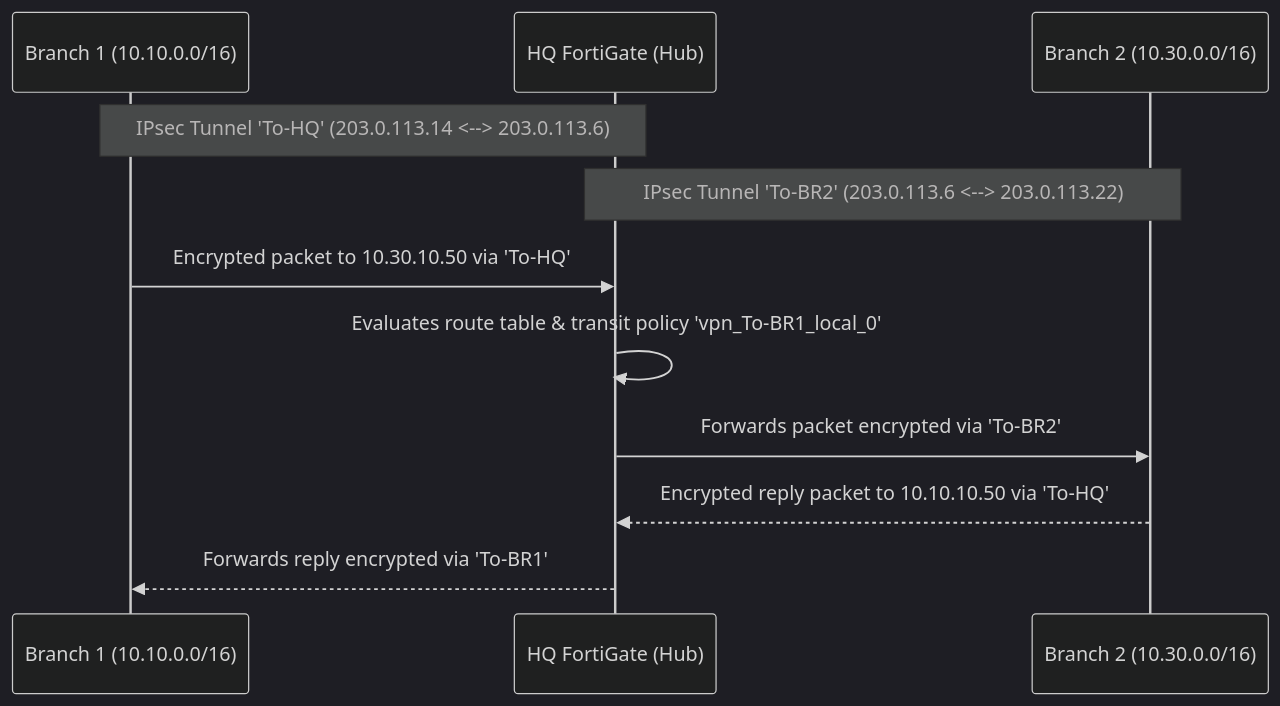
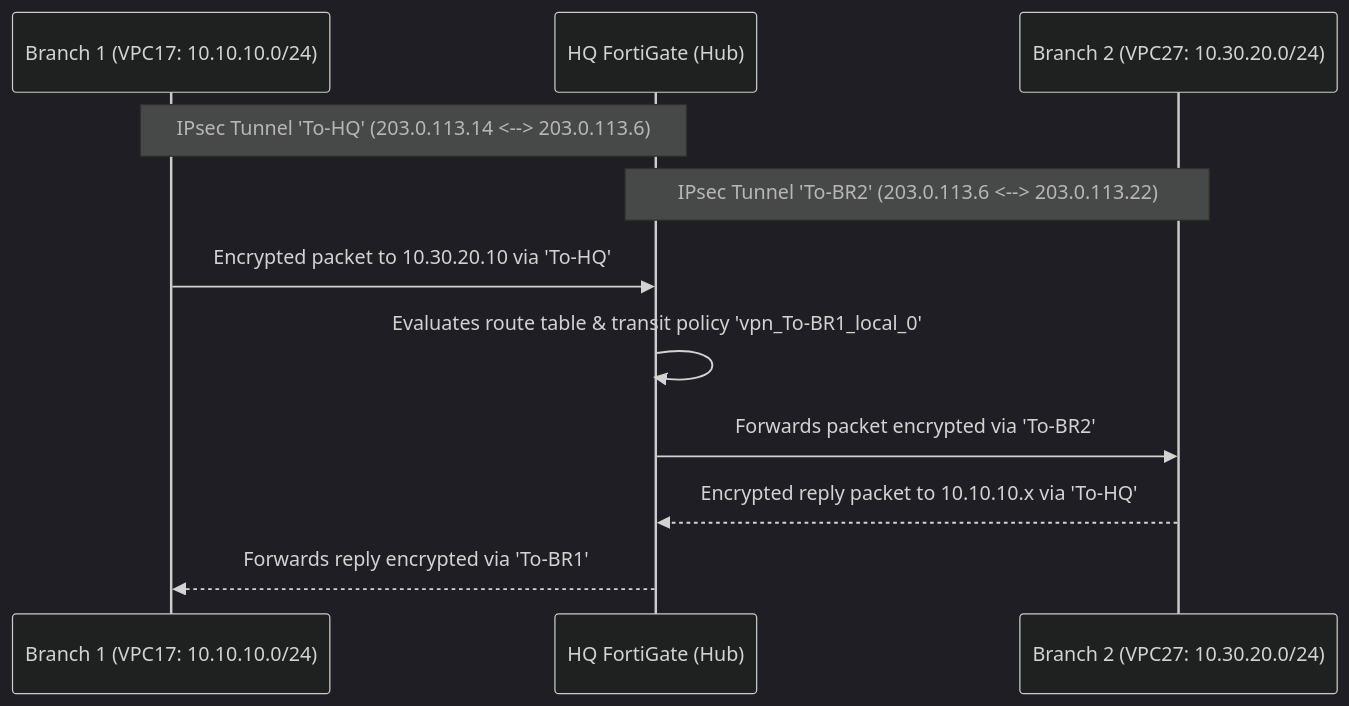
Before and after one commit to AmrFUE/Fortinet-Enterprise-Network-Security: the second of 2 diagrams in README.md, drawn with Mermaid (dark theme). The commit also changed other lines of this file and 28 other files, not shown here.

````diff
--- a/README.md
+++ b/README.md
@@ -216,15 +216,15 @@
 ```mermaid
 sequenceDiagram
-    participant BR1 as Branch 1 (10.10.0.0/16)
+    participant BR1 as Branch 1 (VPC17: 10.10.10.0/24)
     participant HQ as HQ FortiGate (Hub)
-    participant BR2 as Branch 2 (10.30.0.0/16)
+    participant BR2 as Branch 2 (VPC27: 10.30.20.0/24)
 
     Note over BR1,HQ: IPsec Tunnel 'To-HQ' (203.0.113.14 <--> 203.0.113.6)
     Note over HQ,BR2: IPsec Tunnel 'To-BR2' (203.0.113.6 <--> 203.0.113.22)
 
-    BR1->>HQ: Encrypted packet to 10.30.10.50 via 'To-HQ'
+    BR1->>HQ: Encrypted packet to 10.30.20.10 via 'To-HQ'
     HQ->>HQ: Evaluates route table & transit policy 'vpn_To-BR1_local_0'
     HQ->>BR2: Forwards packet encrypted via 'To-BR2'
-    BR2-->>HQ: Encrypted reply packet to 10.10.10.50 via 'To-HQ'
+    BR2-->>HQ: Encrypted reply packet to 10.10.10.x via 'To-HQ'
     HQ-->>BR1: Forwards reply encrypted via 'To-BR1'
 ```
````
